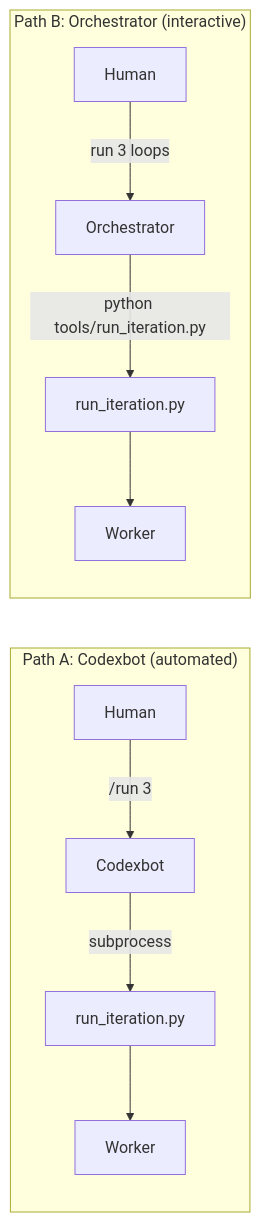
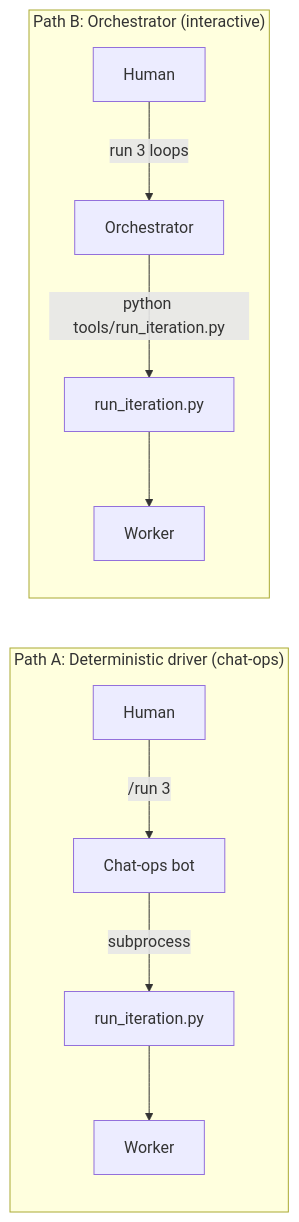
One commit to LesTP/i2c changed the second of 5 diagrams in WORKFLOW.md. Above: the diagram before and after it, drawn with Mermaid. The commit also changed other lines of this file and 6 other files, not shown here.

````diff
--- a/WORKFLOW.md
+++ b/WORKFLOW.md
@@ -59,14 +59,14 @@
 ```mermaid
 graph LR
-    subgraph "Path A: Codexbot (automated)"
-        H1["Human"] -->|"/run 3"| CB1["Codexbot"]
+    subgraph "Path A: Deterministic driver (chat-ops)"
+        H1["Human"] -->|"/run 3"| CB1["Chat-ops bot"]
         CB1 -->|"subprocess"| LR1["run_iteration.py"]
         LR1 --> W1["Worker"]
     end
 
     subgraph "Path B: Orchestrator (interactive)"
         H2["Human"] -->|"run 3 loops"| CO2["Orchestrator"]
         CO2 -->|"python tools/run_iteration.py"| LR2["run_iteration.py"]
         LR2 --> W2["Worker"]
     end
 ```
````
